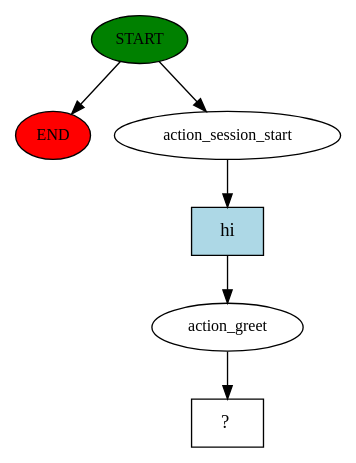
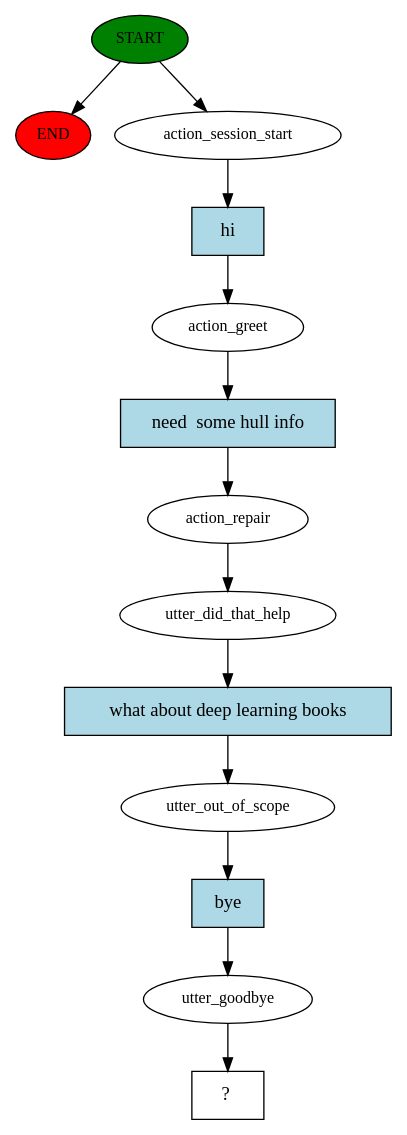
One commit to sahibpreetsingh12/boatbox2.x changed the diagram in story_graph.dot. Above: the diagram before and after it, drawn with Graphviz. The commit also changed 4 other files, not shown here.

```diff
--- a/story_graph.dot
+++ b/story_graph.dot
@@ -1,13 +1,27 @@
 digraph  {
 0 [class="start active", fillcolor=green, fontsize=12, label=START, style=filled];
 "-1" [class=end, fillcolor=red, fontsize=12, label=END, style=filled];
 1 [class=active, fontsize=12, label=action_session_start];
 2 [class=active, fontsize=12, label=action_greet];
-3 [class="intent dashed active", label="  ?  ", shape=rect];
-4 [class="intent active", fillcolor=lightblue, label=hi, shape=rect, style=filled];
+3 [class=active, fontsize=12, label=action_repair];
+4 [class=active, fontsize=12, label=utter_did_that_help];
+5 [class=active, fontsize=12, label=utter_out_of_scope];
+6 [class=active, fontsize=12, label=utter_goodbye];
+7 [class="intent dashed active", label="  ?  ", shape=rect];
+8 [class="intent active", fillcolor=lightblue, label=hi, shape=rect, style=filled];
+9 [class="intent active", fillcolor=lightblue, label="need  some hull info", shape=rect, style=filled];
+10 [class="intent active", fillcolor=lightblue, label="what about deep learning books", shape=rect, style=filled];
+11 [class="intent active", fillcolor=lightblue, label=bye, shape=rect, style=filled];
 0 -> "-1"  [class="", key=NONE, label=""];
 0 -> 1  [class=active, key=NONE, label=""];
-1 -> 4  [class=active, key=0];
-2 -> 3  [class=active, key=NONE, label=""];
-4 -> 2  [class=active, key=0];
+1 -> 8  [class=active, key=0];
+2 -> 9  [class=active, key=0];
+3 -> 4  [class=active, key=NONE, label=""];
+4 -> 10  [class=active, key=0];
+5 -> 11  [class=active, key=0];
+6 -> 7  [class=active, key=NONE, label=""];
+8 -> 2  [class=active, key=0];
+9 -> 3  [class=active, key=0];
+10 -> 5  [class=active, key=0];
+11 -> 6  [class=active, key=0];
 }
```
